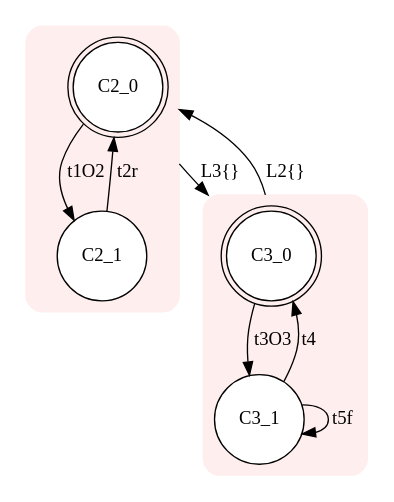
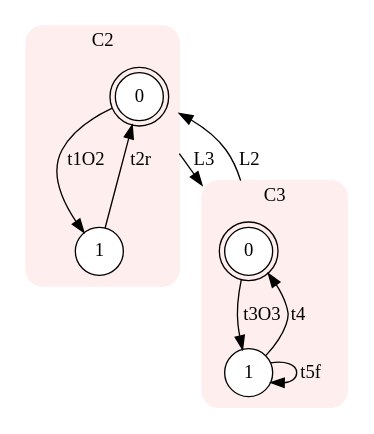
One commit to Stefano-BS/Explanatory-Diagnosis changed the diagram in input/e.dot. Above: the diagram before and after it, drawn with Graphviz. The commit also changed 40 other files, not shown here.

```diff
--- a/input/e.dot
+++ b/input/e.dot
@@ -1,18 +1,20 @@
 digraph "input/e" {
 node [style=filled fillcolor=white] compound=true
-subgraph cluster2 {
-style="rounded,filled" color="#FFEEEE"node [shape=doublecircle]; C2_0;
+subgraph cluster0 {
+style="rounded,filled" label="C2" color="#FFEEEE"node [shape=doublecircle]; C0s0 [label=0];
 node [shape=circle];
-C2_0 -> C2_1 [label="t1O2"];
-C2_1 -> C2_0 [label="t2r"];
+C0s1 [label=1]; 
+C0s0 -> C0s1 [label="t1O2"];
+C0s1 -> C0s0 [label="t2r"];
 }
-subgraph cluster3 {
-style="rounded,filled" color="#FFEEEE"node [shape=doublecircle]; C3_0;
+subgraph cluster1 {
+style="rounded,filled" label="C3" color="#FFEEEE"node [shape=doublecircle]; C1s0 [label=0];
 node [shape=circle];
-C3_0 -> C3_1 [label="t3O3"];
-C3_1 -> C3_0 [label="t4"];
-C3_1 -> C3_1 [label="t5f"];
+C1s1 [label=1]; 
+C1s0 -> C1s1 [label="t3O3"];
+C1s1 -> C1s0 [label="t4"];
+C1s1 -> C1s1 [label="t5f"];
 }
-C3_0 -> C2_0 [ltail=cluster3 lhead=cluster2 label="L2{}"];
-C2_0 -> C3_0 [ltail=cluster2 lhead=cluster3 label="L3{}"];
+C1s0 -> C0s0 [ltail=cluster1 lhead=cluster0 label="L2"];
+C0s0 -> C1s0 [ltail=cluster0 lhead=cluster1 label="L3"];
 }
```
